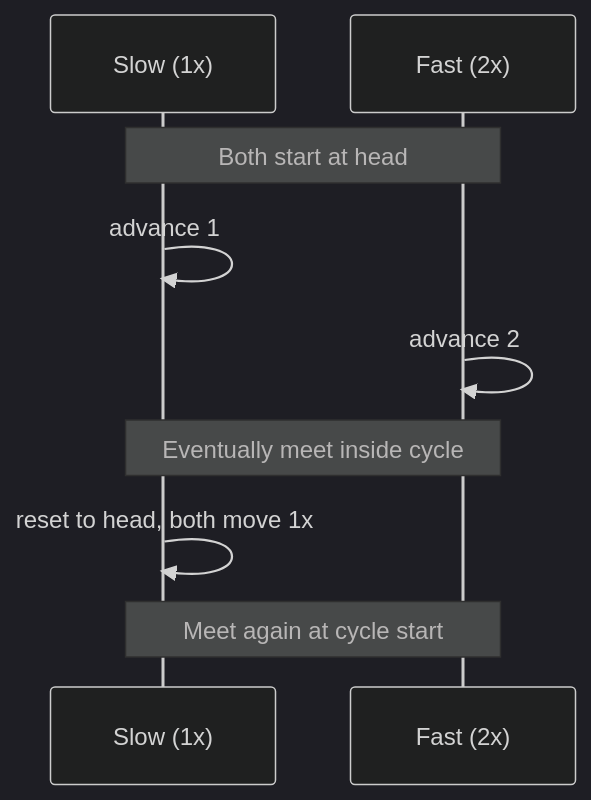
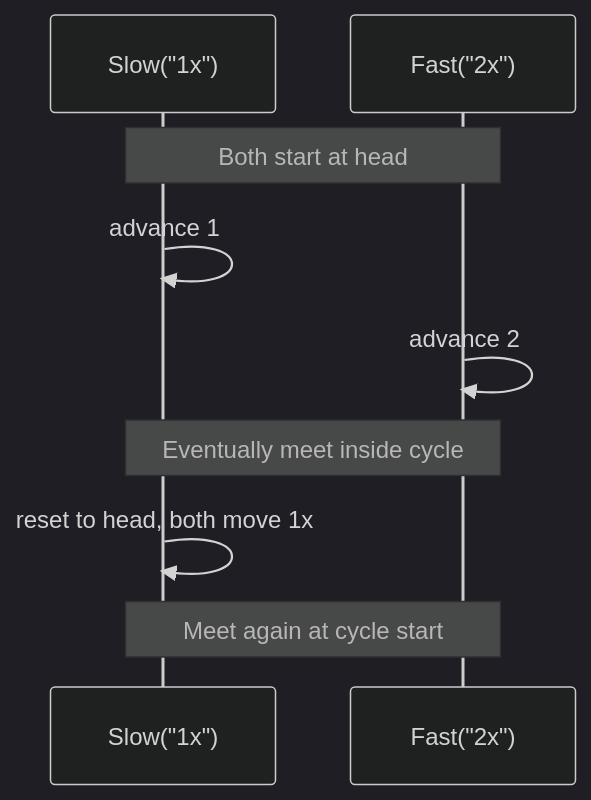
The diagram in content/questions/fundamentals/two-pointers-technique.md (pploc/swe-icon-the-moment), drawn with Mermaid (dark theme) before and after one commit. The commit also changed 138 other files, not shown here.

````diff
--- a/content/questions/fundamentals/two-pointers-technique.md
+++ b/content/questions/fundamentals/two-pointers-technique.md
@@ -49,11 +49,12 @@
 ```mermaid
 sequenceDiagram
-    participant S as Slow (1x)
-    participant F as Fast (2x)
+    participant S as Slow("1x")
+    participant F as Fast("2x")
     Note over S,F: Both start at head
     S->>S: advance 1
     F->>F: advance 2
     Note over S,F: Eventually meet inside cycle
     S->>S: reset to head, both move 1x
     Note over S,F: Meet again at cycle start
+
 ```
````
